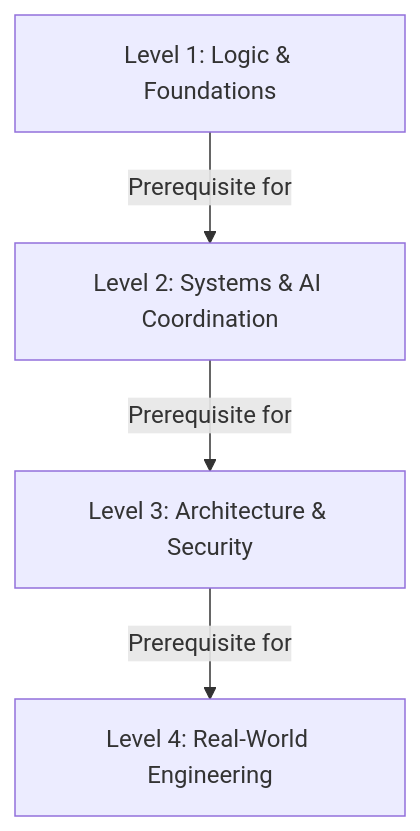
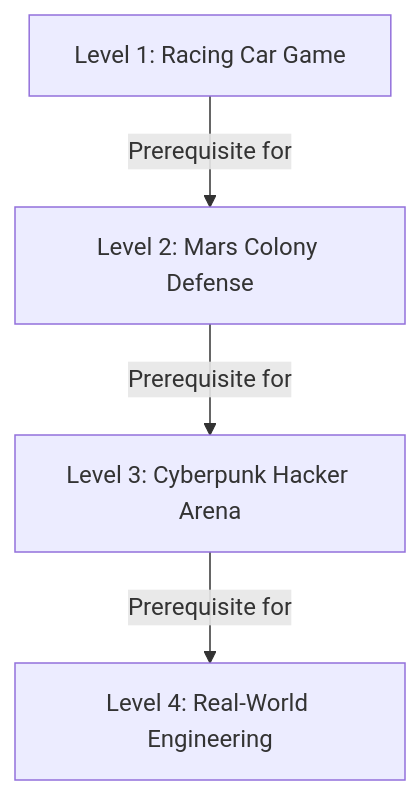
The diagram in PRJ_KNOWLEDGE.md (ssaelao-wq/computer-tutor), drawn with Mermaid before and after one commit. The commit also changed other lines of this file and 30 other files, not shown here.

````diff
--- a/PRJ_KNOWLEDGE.md
+++ b/PRJ_KNOWLEDGE.md
@@ -21,6 +21,6 @@
 ```mermaid
 graph TD
-    Level1[Level 1: Logic & Foundations] -->|Prerequisite for| Level2[Level 2: Systems & AI Coordination]
-    Level2 -->|Prerequisite for| Level3[Level 3: Architecture & Security]
+    Level1[Level 1: Racing Car Game] -->|Prerequisite for| Level2[Level 2: Mars Colony Defense]
+    Level2 -->|Prerequisite for| Level3[Level 3: Cyberpunk Hacker Arena]
     Level3 -->|Prerequisite for| Level4[Level 4: Real-World Engineering]
 ```
````
